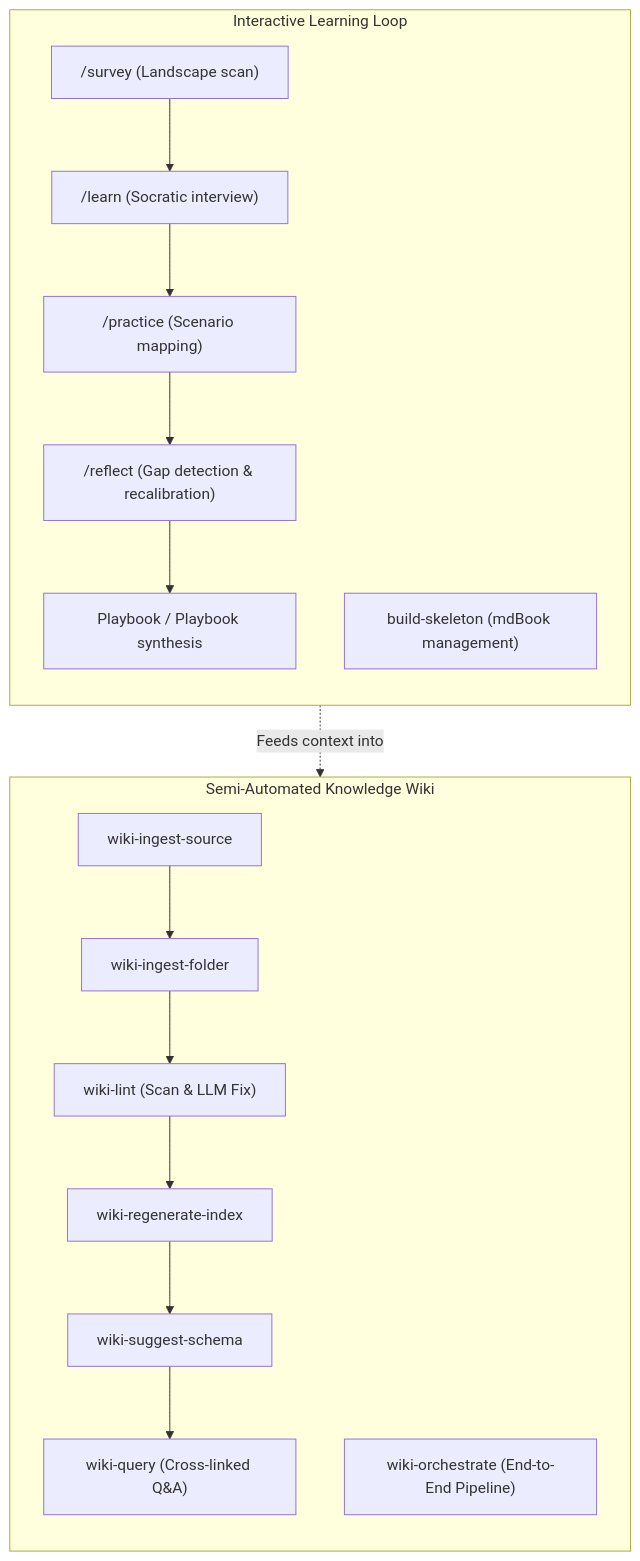
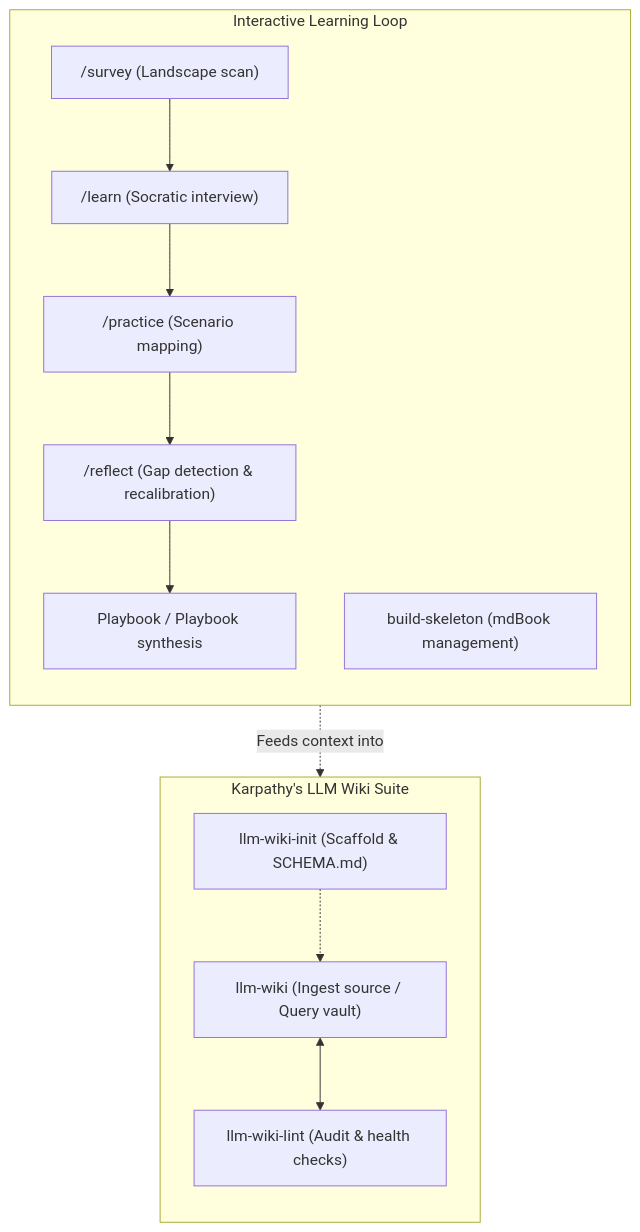
One commit to XinheLIU/Learning-OS changed the diagram in README.md. Above: the diagram before and after it, drawn with Mermaid. The commit also changed other lines of this file and 13 other files, not shown here.

Commit message:
docs: consolidate structured wiki platform into Karpathy's 3-skill llm-wiki suite

````diff
--- a/README.md
+++ b/README.md
@@ -23,23 +23,23 @@
 ```mermaid
 flowchart TB
     subgraph learning_loop["Interactive Learning Loop"]
         direction TB
         survey["/survey (Landscape scan)"] --> learn["/learn (Socratic interview)"]
         learn --> practice["/practice (Scenario mapping)"]
         practice --> reflect["/reflect (Gap detection & recalibration)"]
         reflect --> playbook["Playbook / Playbook synthesis"]
         build["build-skeleton (mdBook management)"]
     end
 
-    subgraph wiki_pipeline["Semi-Automated Knowledge Wiki"]
+    subgraph wiki_suite["Karpathy's LLM Wiki Suite"]
         direction TB
-        ingest_src["wiki-ingest-source"] --> ingest_fld["wiki-ingest-folder"]
-        ingest_fld --> lint["wiki-lint (Scan & LLM Fix)"]
-        lint --> idx["wiki-regenerate-index"]
-        idx --> schema["wiki-suggest-schema"]
-        schema --> query["wiki-query (Cross-linked Q&A)"]
-        orchestrate["wiki-orchestrate (End-to-End Pipeline)"]
+        init["llm-wiki-init (Scaffold & SCHEMA.md)"]
+        ingest_query["llm-wiki (Ingest source / Query vault)"]
+        lint_maint["llm-wiki-lint (Audit & health checks)"]
+        
+        init -.-> ingest_query
+        ingest_query <--> lint_maint
     end
 
-    learning_loop -. Feeds context into .-> wiki_pipeline
+    learning_loop -. Feeds context into .-> wiki_suite
 ```
````
